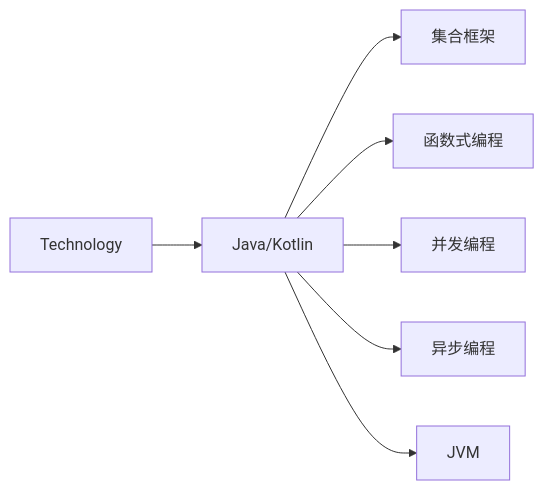
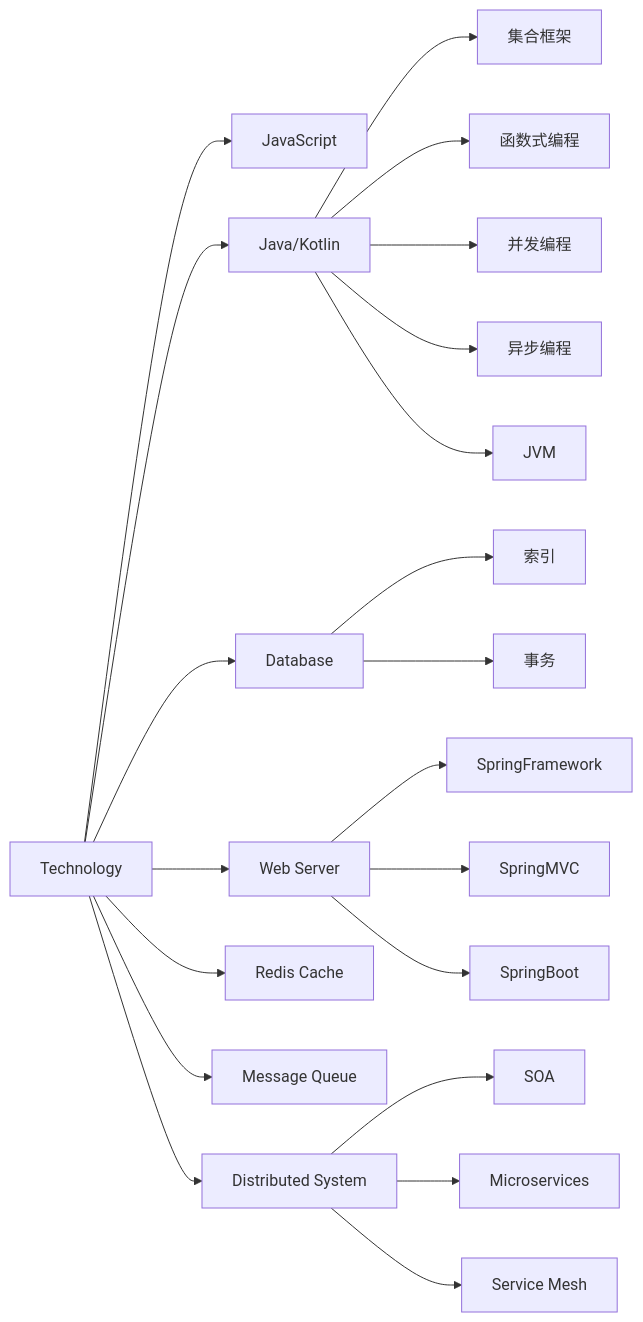
The diagram in README.md (xtyuns/xtyuns), drawn with Mermaid before and after one commit.

Commit message:
web technologies

````diff
--- a/README.md
+++ b/README.md
@@ -35,18 +35,51 @@
 ```mermaid
 graph LR
     Root[Technology]
 
+    JS[JavaScript]
+    Root --> JS
+
     Java[Java/Kotlin]
     Root --> Java
-
         Collection[集合框架]
         Java --> Collection
         Stream[函数式编程]
         Java --> Stream
         Concurrent[并发编程]
         Java --> Concurrent
         Async[异步编程]
         Java --> Async
         JVM[JVM]
         Java --> JVM
+
+    DB[Database]
+    Root --> DB
+        DBIndex[索引]
+        DB --> DBIndex
+        Transaction[事务]
+        DB --> Transaction
+
+    WebServer[Web Server]
+    Root --> WebServer
+        Spring[SpringFramework]
+        WebServer --> Spring
+        SpringMVC[SpringMVC]
+        WebServer --> SpringMVC
+        SpringBoot[SpringBoot]
+        WebServer --> SpringBoot
+
+    Cache[Redis Cache]
+    Root --> Cache
+
+    MQ[Message Queue]
+    Root --> MQ
+
+    DS[Distributed System]
+    Root --> DS
+        SOA[SOA]
+        DS --> SOA
+        Microservices[Microservices]
+        DS --> Microservices
+        ServiceMesh[Service Mesh]
+        DS --> ServiceMesh
 ```
````
